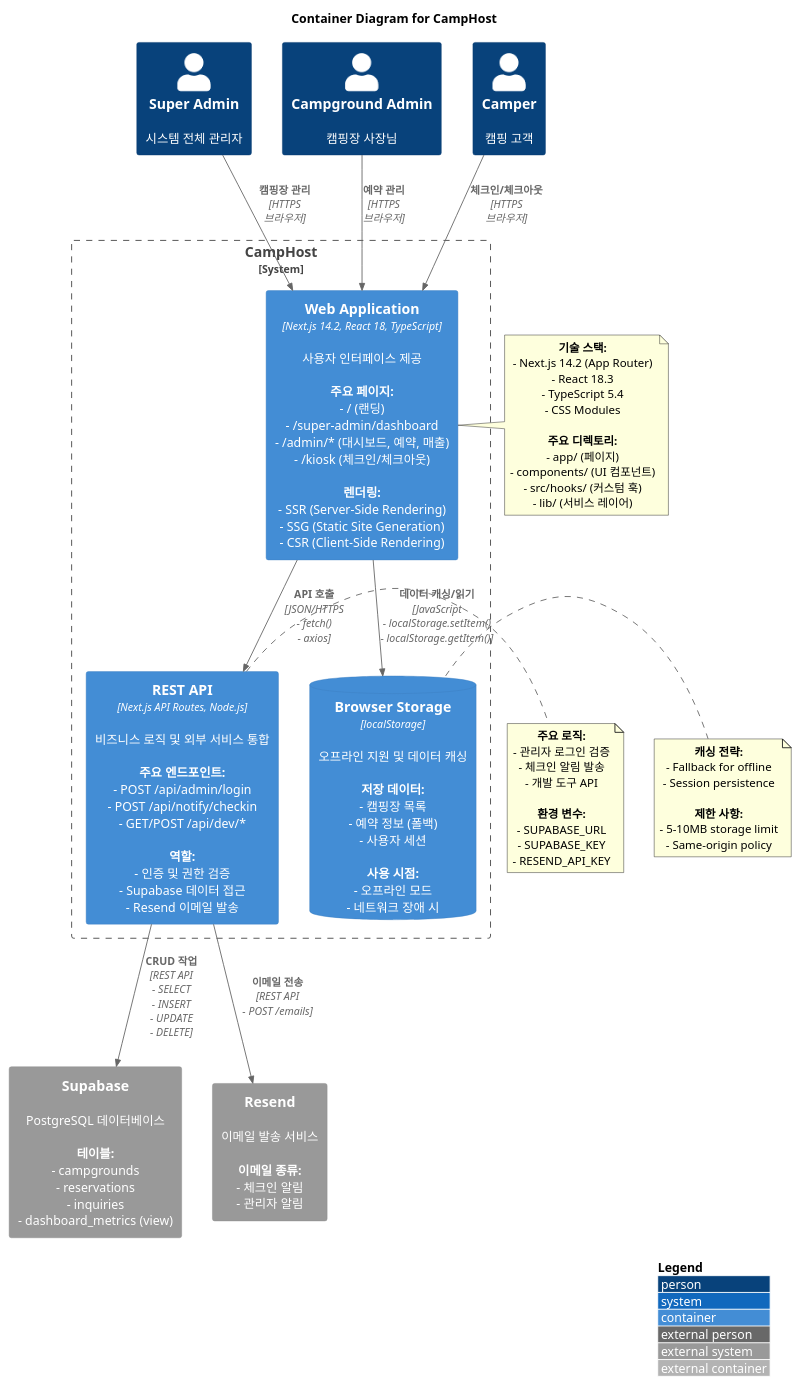
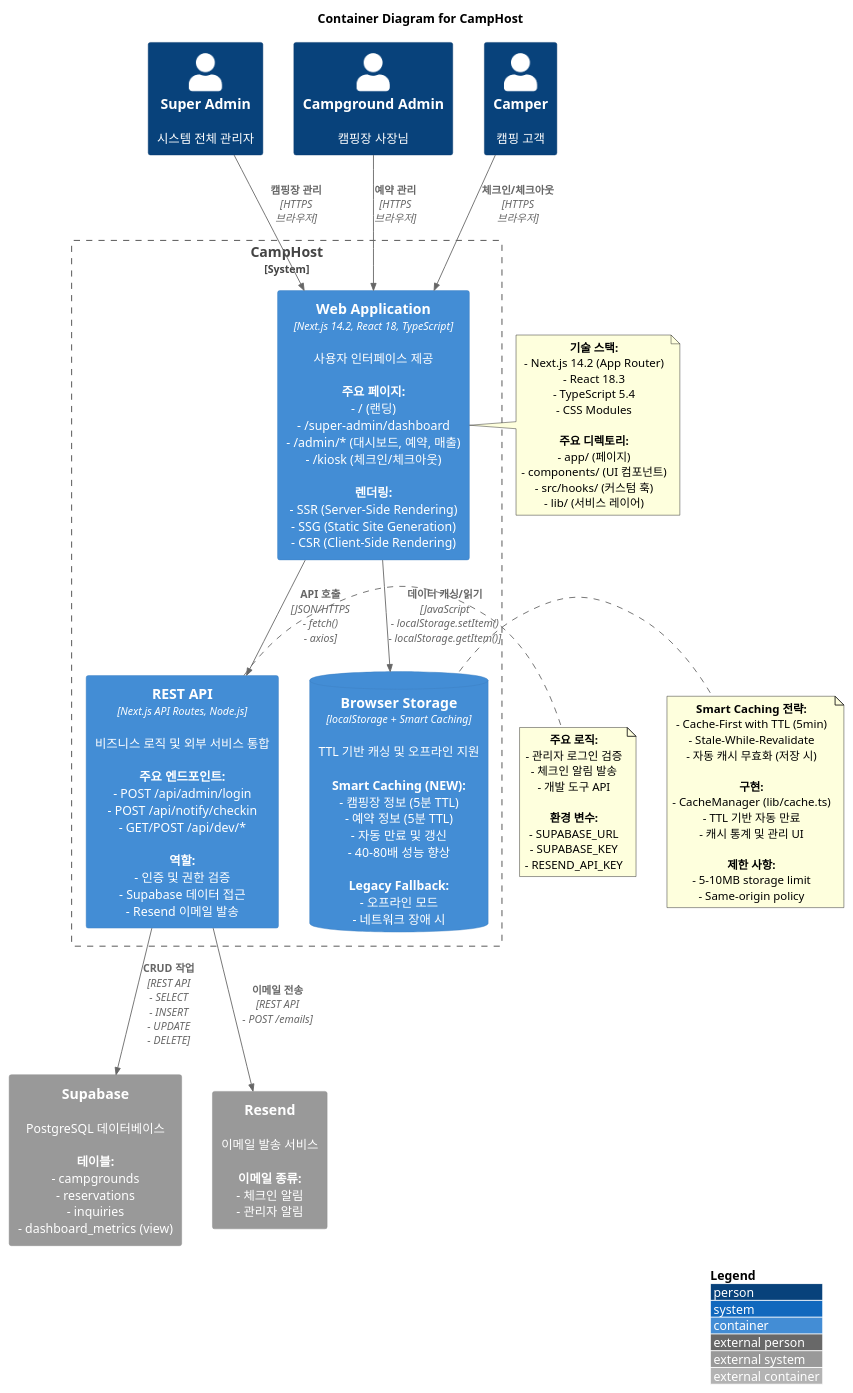
Before and after one commit to carawoo/camphost: the diagram in docs/c4-model/lv2-containers/overview.puml, drawn with PlantUML. The commit also changed 12 other files, not shown here.

First line of the commit message:
feat: Smart Caching 시스템 구현

```diff
--- a/docs/c4-model/lv2-containers/overview.puml
+++ b/docs/c4-model/lv2-containers/overview.puml
@@ -1,140 +1,146 @@
 @startuml CampHost Container Diagram
 !include https://raw.githubusercontent.com/plantuml-stdlib/C4-PlantUML/master/C4_Container.puml
 
 ' ============================================================================
 ' Level 2: Container Diagram
 ' ============================================================================
 '
 ' CampHost 시스템 내부의 주요 컨테이너(실행 단위)를 표현합니다.
 ' - Web Application (Next.js)
 ' - REST API (Next.js API Routes)
 ' - Browser Storage (localStorage)
 ' - 외부 시스템과의 관계
 '
 ' 🔗 이전 레벨: lv1-system-context/system.puml
 ' 🔗 다음 레벨: lv3-components/*.puml
 ' ============================================================================
 
 LAYOUT_WITH_LEGEND()
 
 title Container Diagram for CampHost
 
 ' ============================================================================
 ' Actors (사용자)
 ' ============================================================================
 
 Person(superAdmin, "Super Admin", "시스템 전체 관리자")
 Person(campgroundAdmin, "Campground Admin", "캠핑장 사장님")
 Person(camper, "Camper", "캠핑 고객")
 
 ' ============================================================================
 ' System Boundary
 ' ============================================================================
 
 System_Boundary(camphost, "CampHost") {
 
     ' ------------------------------------------------------------------------
     ' Web Application
     ' ------------------------------------------------------------------------
     Container(webapp, "Web Application", "Next.js 14.2, React 18, TypeScript", "사용자 인터페이스 제공\n\n**주요 페이지:**\n- / (랜딩)\n- /super-admin/dashboard\n- /admin/* (대시보드, 예약, 매출)\n- /kiosk (체크인/체크아웃)\n\n**렌더링:**\n- SSR (Server-Side Rendering)\n- SSG (Static Site Generation)\n- CSR (Client-Side Rendering)")
 
     ' ------------------------------------------------------------------------
     ' REST API
     ' ------------------------------------------------------------------------
     Container(api, "REST API", "Next.js API Routes, Node.js", "비즈니스 로직 및 외부 서비스 통합\n\n**주요 엔드포인트:**\n- POST /api/admin/login\n- POST /api/notify/checkin\n- GET/POST /api/dev/*\n\n**역할:**\n- 인증 및 권한 검증\n- Supabase 데이터 접근\n- Resend 이메일 발송")
 
     ' ------------------------------------------------------------------------
     ' Browser Storage
     ' ------------------------------------------------------------------------
-    ContainerDb(localStorage, "Browser Storage", "localStorage", "오프라인 지원 및 데이터 캐싱\n\n**저장 데이터:**\n- 캠핑장 목록\n- 예약 정보 (폴백)\n- 사용자 세션\n\n**사용 시점:**\n- 오프라인 모드\n- 네트워크 장애 시")
+    ContainerDb(localStorage, "Browser Storage", "localStorage + Smart Caching", "TTL 기반 캐싱 및 오프라인 지원\n\n**Smart Caching (NEW):**\n- 캠핑장 정보 (5분 TTL)\n- 예약 정보 (5분 TTL)\n- 자동 만료 및 갱신\n- 40-80배 성능 향상\n\n**Legacy Fallback:**\n- 오프라인 모드\n- 네트워크 장애 시")
 
 }
 
 ' ============================================================================
 ' External Systems (외부 시스템)
 ' ============================================================================
 
 System_Ext(supabase, "Supabase", "PostgreSQL 데이터베이스\n\n**테이블:**\n- campgrounds\n- reservations\n- inquiries\n- dashboard_metrics (view)")
 
 System_Ext(resend, "Resend", "이메일 발송 서비스\n\n**이메일 종류:**\n- 체크인 알림\n- 관리자 알림")
 
 ' ============================================================================
 ' Relationships (관계)
 ' ============================================================================
 
 ' Users → Web Application
 Rel(superAdmin, webapp, "캠핑장 관리", "HTTPS\n브라우저")
 Rel(campgroundAdmin, webapp, "예약 관리", "HTTPS\n브라우저")
 Rel(camper, webapp, "체크인/체크아웃", "HTTPS\n브라우저")
 
 ' Web Application → REST API
 Rel(webapp, api, "API 호출", "JSON/HTTPS\n- fetch()\n- axios")
 
 ' Web Application → Browser Storage
 Rel(webapp, localStorage, "데이터 캐싱/읽기", "JavaScript\n- localStorage.setItem()\n- localStorage.getItem()")
 
 ' REST API → Supabase
 Rel(api, supabase, "CRUD 작업", "REST API\n- SELECT\n- INSERT\n- UPDATE\n- DELETE")
 
 ' REST API → Resend
 Rel(api, resend, "이메일 전송", "REST API\n- POST /emails")
 
 ' ============================================================================
 ' Notes
 ' ============================================================================
 
 note right of webapp
   **기술 스택:**
   - Next.js 14.2 (App Router)
   - React 18.3
   - TypeScript 5.4
   - CSS Modules
 
   **주요 디렉토리:**
   - app/ (페이지)
   - components/ (UI 컴포넌트)
   - src/hooks/ (커스텀 훅)
   - lib/ (서비스 레이어)
 end note
 
 note right of api
   **주요 로직:**
   - 관리자 로그인 검증
   - 체크인 알림 발송
   - 개발 도구 API
 
   **환경 변수:**
   - SUPABASE_URL
   - SUPABASE_KEY
   - RESEND_API_KEY
 end note
 
 note right of localStorage
-  **캐싱 전략:**
-  - Fallback for offline
-  - Session persistence
+  **Smart Caching 전략:**
+  - Cache-First with TTL (5min)
+  - Stale-While-Revalidate
+  - 자동 캐시 무효화 (저장 시)
+
+  **구현:**
+  - CacheManager (lib/cache.ts)
+  - TTL 기반 자동 만료
+  - 캐시 통계 및 관리 UI
 
   **제한 사항:**
   - 5-10MB storage limit
   - Same-origin policy
 end note
 
 ' ============================================================================
 ' 동기화 체크리스트
 ' ============================================================================
 '
 ' □ 새로운 실행 단위 추가 시
 '   - Container(...) 추가
 '   - Rel(...) 관계 정의
 '
 ' □ 컨테이너 간 관계 변경 시
 '   - Rel(...) 수정
 '
 ' □ 외부 시스템 변경 시
 '   - System_Ext(...) 수정
 '   - Rel(api, 외부시스템, ...) 수정
 '
 ' □ 기술 스택 업데이트 시
 '   - Container 설명 업데이트
 
 @enduml
```
